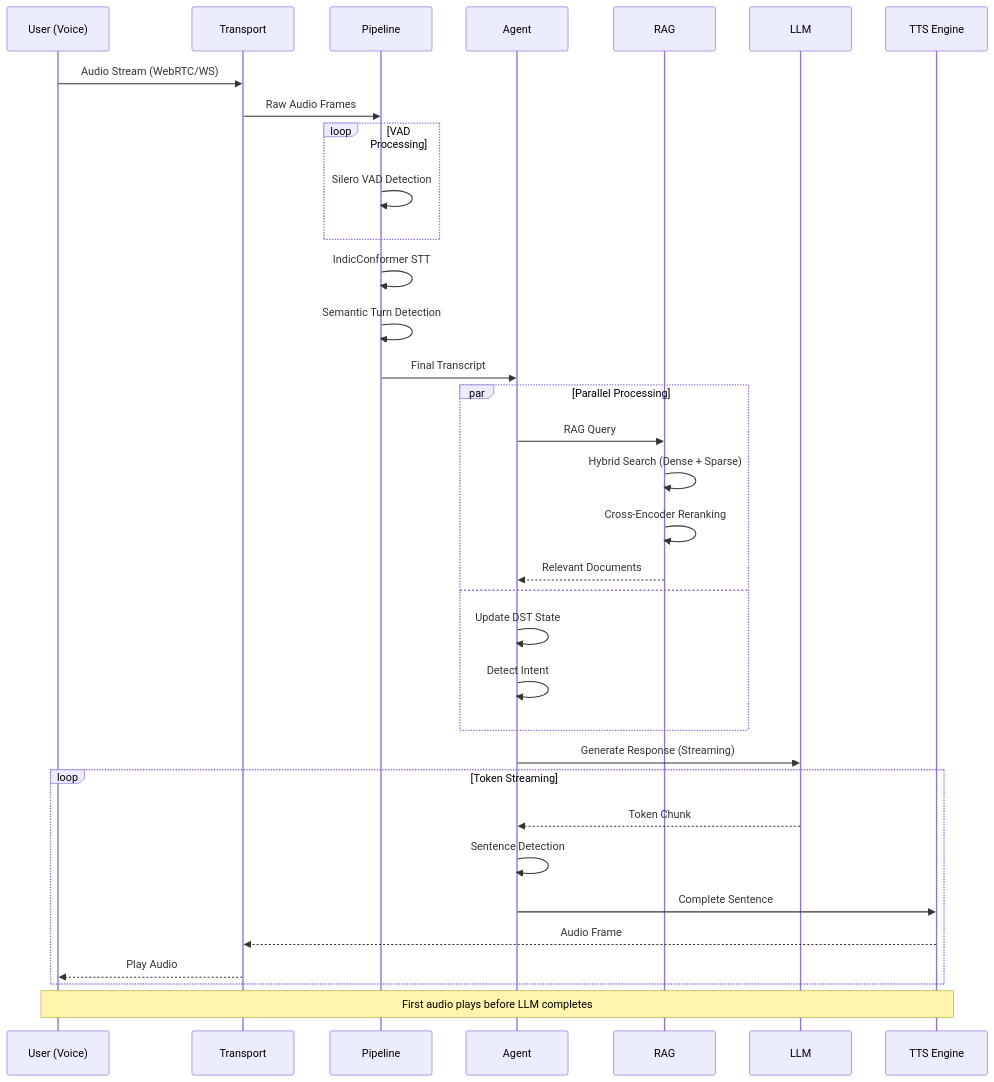
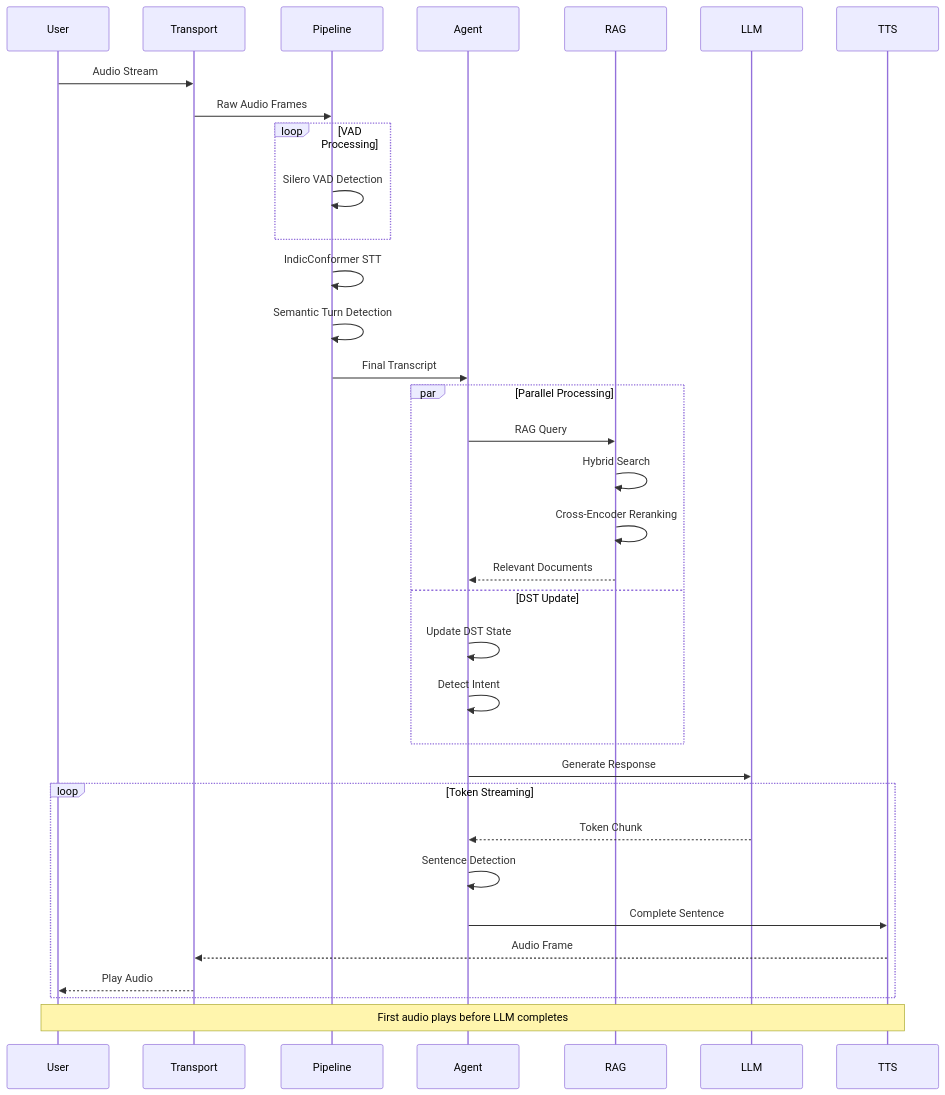
Before and after one commit to ayushmaanbhav/Voice-Activated-Autonomous-Knowledge-System: the third of 6 diagrams in README.md, drawn with Mermaid. The commit also changed other lines of this file, not shown here.

First line of the commit message:
fix(docs): correct mermaid diagram syntax for GitHub rendering

````diff
--- a/README.md
+++ b/README.md
@@ -439,43 +439,43 @@
 ```mermaid
 sequenceDiagram
-    participant U as User (Voice)
+    participant U as User
     participant T as Transport
     participant P as Pipeline
     participant A as Agent
     participant R as RAG
     participant L as LLM
-    participant TTS as TTS Engine
+    participant S as TTS
 
-    U->>T: Audio Stream (WebRTC/WS)
+    U->>T: Audio Stream
     T->>P: Raw Audio Frames
 
     loop VAD Processing
         P->>P: Silero VAD Detection
     end
 
     P->>P: IndicConformer STT
     P->>P: Semantic Turn Detection
     P->>A: Final Transcript
 
     par Parallel Processing
         A->>R: RAG Query
-        R->>R: Hybrid Search (Dense + Sparse)
+        R->>R: Hybrid Search
         R->>R: Cross-Encoder Reranking
         R-->>A: Relevant Documents
-    and
+    and DST Update
         A->>A: Update DST State
         A->>A: Detect Intent
     end
 
-    A->>L: Generate Response (Streaming)
+    A->>L: Generate Response
 
     loop Token Streaming
         L-->>A: Token Chunk
         A->>A: Sentence Detection
-        A->>TTS: Complete Sentence
-        TTS-->>T: Audio Frame
+        A->>S: Complete Sentence
+        S-->>T: Audio Frame
         T-->>U: Play Audio
     end
 
-    Note over U,TTS: First audio plays before LLM completes
+    Note over U,S: First audio plays before LLM completes
 ```
````
